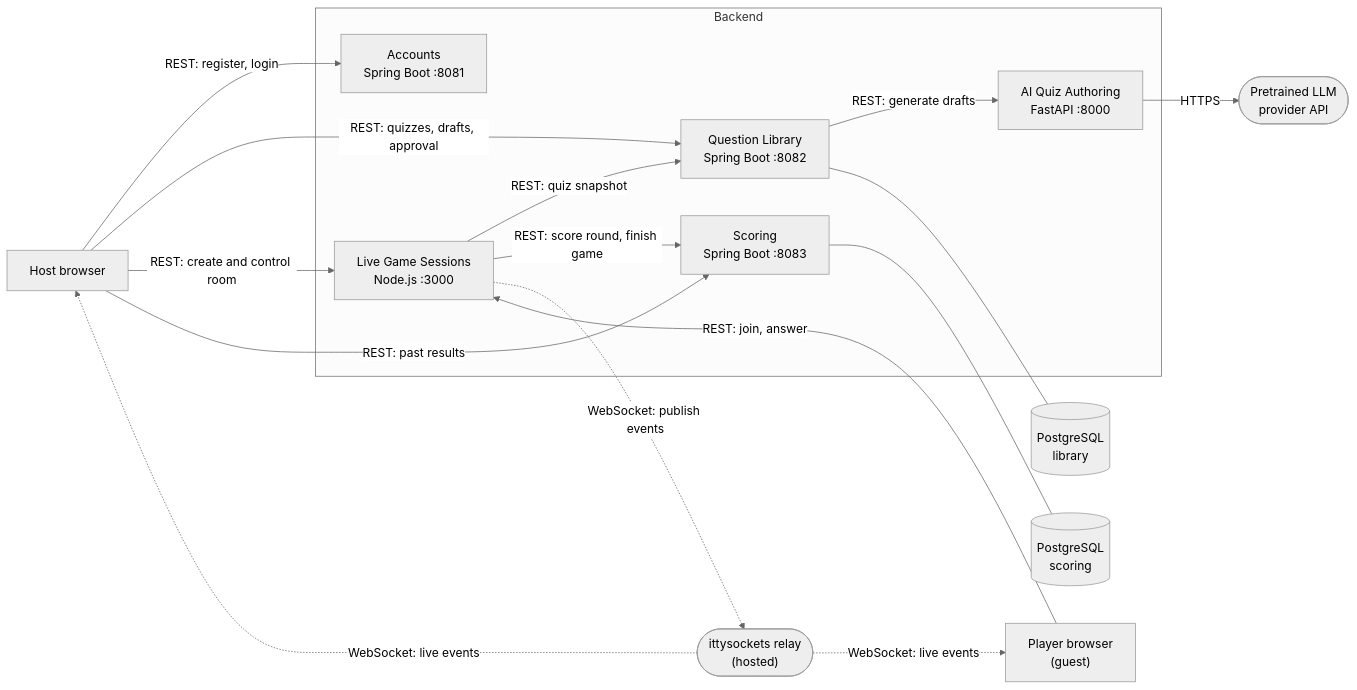
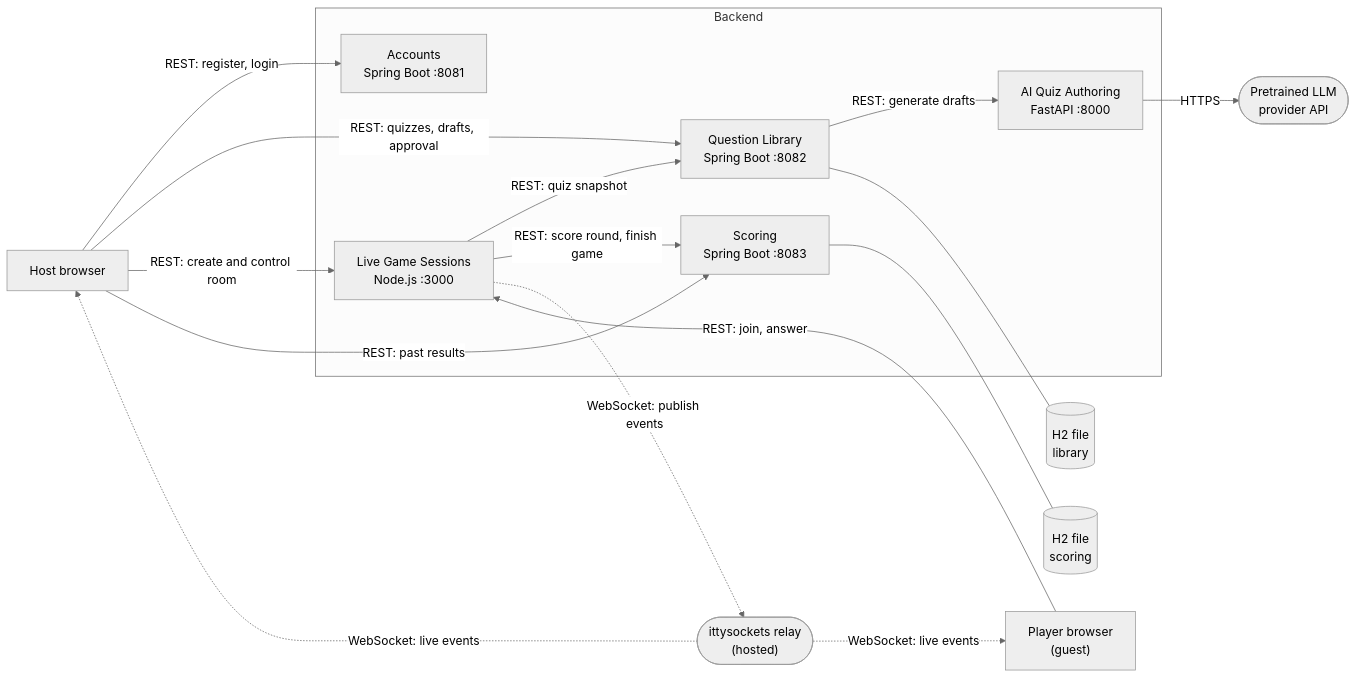
One commit to YusufAtakanA/QuizRoom changed the diagram in docs/architecture.md. Above: the diagram before and after it, drawn with Mermaid (neutral theme). The commit also changed other lines of this file and 3 other files, not shown here.

````diff
--- a/docs/architecture.md
+++ b/docs/architecture.md
@@ -34,36 +34,36 @@
 ```mermaid
 flowchart LR
     Host["Host browser"]
     Player["Player browser<br/>(guest)"]
 
     subgraph Backend
         ACC["Accounts<br/>Spring Boot :8081"]
         LIB["Question Library<br/>Spring Boot :8082"]
         LGS["Live Game Sessions<br/>Node.js :3000"]
         SCO["Scoring<br/>Spring Boot :8083"]
         AI["AI Quiz Authoring<br/>FastAPI :8000"]
     end
 
     RELAY(["ittysockets relay<br/>(hosted)"])
     LLM(["Pretrained LLM<br/>provider API"])
-    LIBDB[("PostgreSQL<br/>library")]
-    SCODB[("PostgreSQL<br/>scoring")]
+    LIBDB[("H2 file<br/>library")]
+    SCODB[("H2 file<br/>scoring")]
 
     Host -- "REST: register, login" --> ACC
     Host -- "REST: quizzes, drafts, approval" --> LIB
     Host -- "REST: create and control room" --> LGS
     Player -- "REST: join, answer" --> LGS
     Host -- "REST: past results" --> SCO
 
     LIB -- "REST: generate drafts" --> AI
     AI -- "HTTPS" --> LLM
     LGS -- "REST: quiz snapshot" --> LIB
     LGS -- "REST: score round, finish game" --> SCO
 
     LIB --- LIBDB
     SCO --- SCODB
 
     LGS -. "WebSocket: publish events" .-> RELAY
     RELAY -. "WebSocket: live events" .-> Host
     RELAY -. "WebSocket: live events" .-> Player
 ```
````
